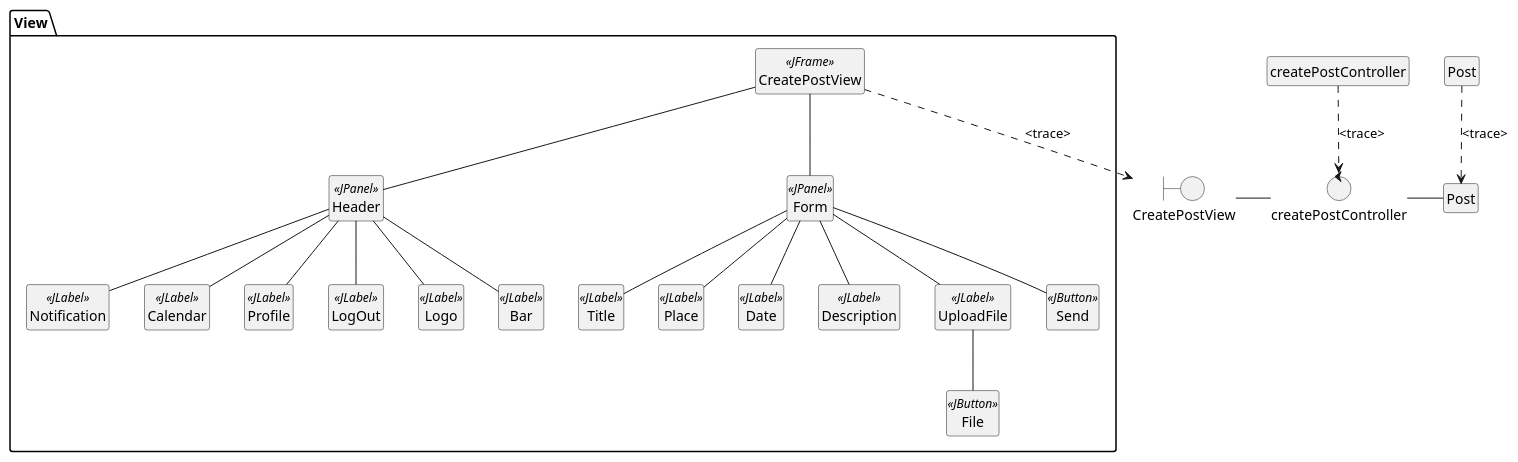
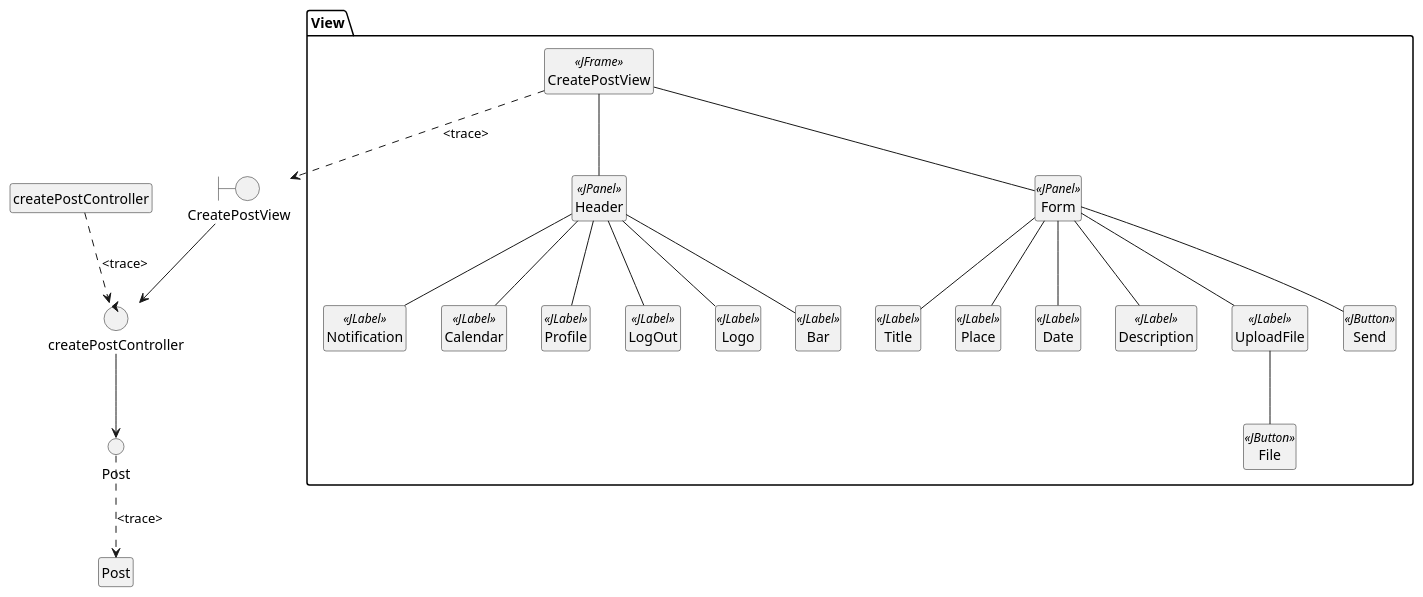
Before and after one commit to Dayannis-07/ING_SOFT: the diagram in docs/scenariosView/traceDiagram.puml, drawn with PlantUML.

Commit message:
modification trace diagram

```diff
--- a/docs/scenariosView/traceDiagram.puml
+++ b/docs/scenariosView/traceDiagram.puml
@@ -1,54 +1,61 @@
-@startuml Trace diagram 
+@startuml Trace diagram
+
 allow_mixing
-package View <<folder>>{
-class CreatePostView <<JFrame>>{}
-class Header <<JPanel>>{}
-class Form <<JPanel>>{}
-class Notification <<JLabel>>{}
-class Calendar <<JLabel>>{}
-class Profile <<JLabel>>{}
-class LogOut <<JLabel>>{}
-class Logo <<JLabel>>{}
-class Bar <<JLabel>> {}
-class Title <<JLabel>>{}
-class Place <<JLabel>>{}
-class Date <<JLabel>>{}
-class Description <<JLabel>>{}
-class UploadFile <<JLabel>>{}
-class Send <<JButton>>{}
-class File <<JButton>>{}
-CreatePostView -- Header
-CreatePostView -- Form
-Header -- Notification
-Header -- Calendar
-Header -- Profile
-Header -- LogOut
-Header -- Logo
-Header -- Bar
 
-Form -- Title
-Form -- Place
-Form -- Date
-Form -- Description
-Form -- UploadFile
-Form -- Send
+package View <<folder>> {
+    class CreatePostView <<JFrame>> {}
+    class Header <<JPanel>> {}
+    class Form <<JPanel>> {}
+    class Notification <<JLabel>> {}
+    class Calendar <<JLabel>> {}
+    class Profile <<JLabel>> {}
+    class LogOut <<JLabel>> {}
+    class Logo <<JLabel>> {}
+    class Bar <<JLabel>> {}
+    class Title <<JLabel>> {}
+    class Place <<JLabel>> {}
+    class Date <<JLabel>> {}
+    class Description <<JLabel>> {}
+    class UploadFile <<JLabel>> {}
+    class Send <<JButton>> {}
+    class File <<JButton>> {}
 
-UploadFile -- File
-hide members
-hide circle
+    CreatePostView -- Header
+    CreatePostView -- Form
+    Header -- Notification
+    Header -- Calendar
+    Header -- Profile
+    Header -- LogOut
+    Header -- Logo
+    Header -- Bar
 
+    Form -- Title
+    Form -- Place
+    Form -- Date
+    Form -- Description
+    Form -- UploadFile
+    Form -- Send
+
+    UploadFile -- File
+    hide members
 }
+
 boundary "CreatePostView" as view
-entity "Post" as post_entity
 control "createPostController" as controller
-view-r-controller
-controller-r-post_entity
-class createPostController{}
-class Post{}
+
+' Representación de `post_entity` como entidad con círculo y base
+circle "Post" as post_circle
+
+view --> controller
+controller --> post_circle
+
+class createPostController {}
+
+CreatePostView.->view : <trace>
+createPostController.->controller : <trace>
+post_circle.->Post : <trace>
+
 hide circle
 hide members
-CreatePostView.->view:<trace>
-createPostController.->controller:<trace>
-Post.-> post_entity:<trace>
 
 @enduml
```
